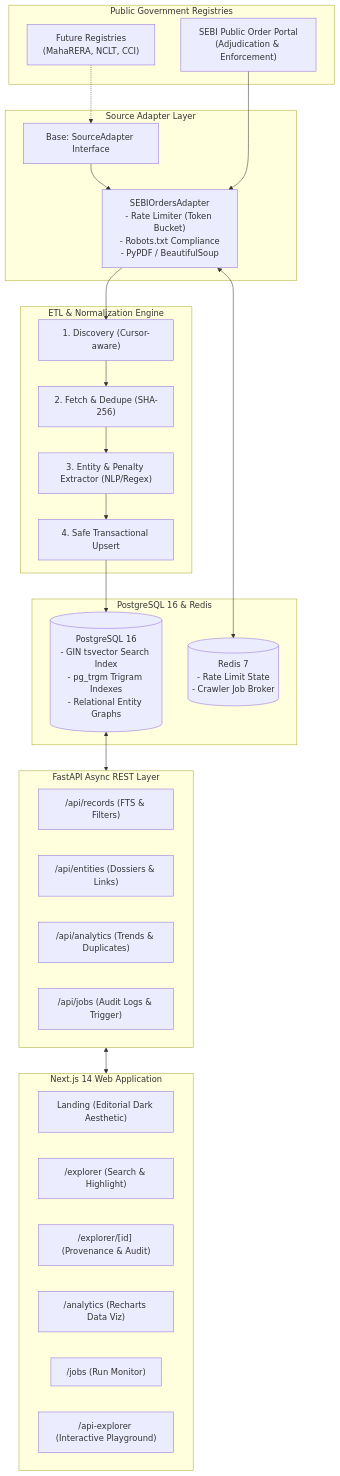
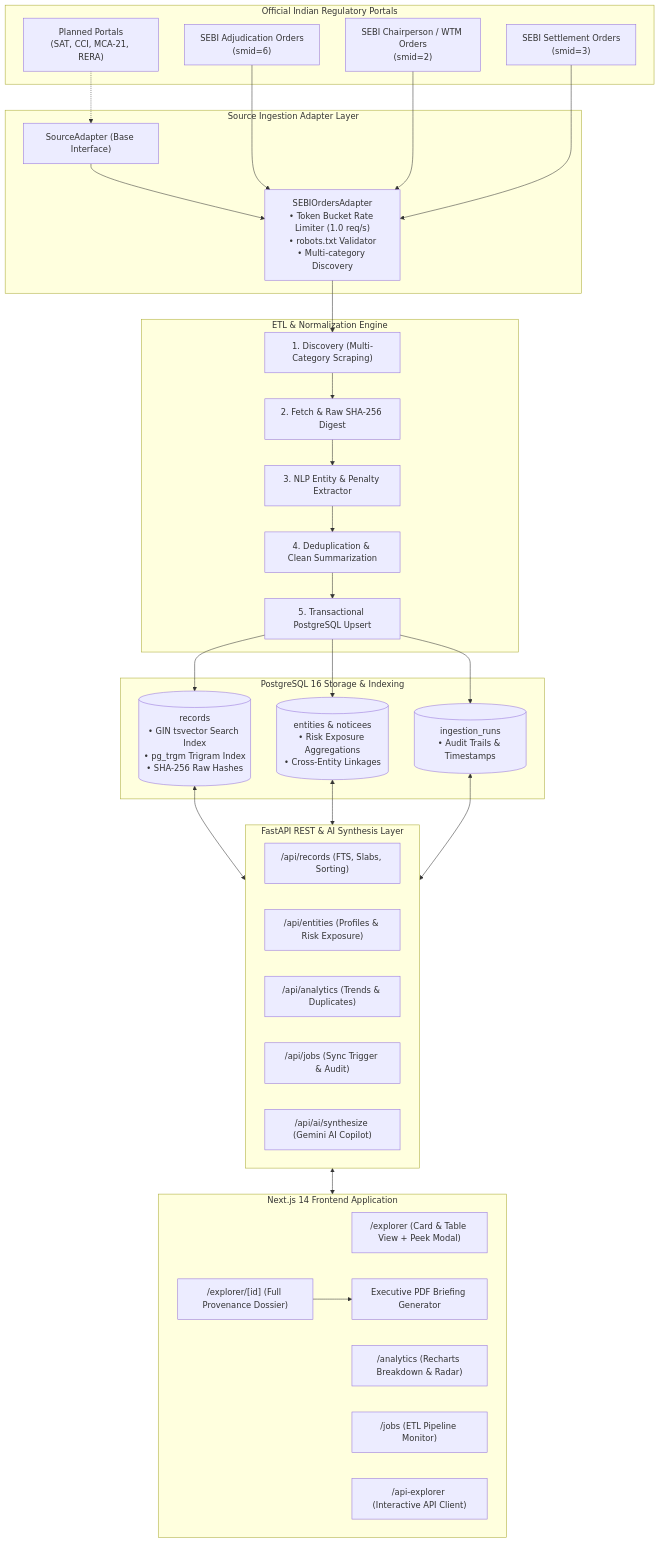
Before and after one commit to ReturnKartikey/krio-lexgov: the diagram in README.md, drawn with Mermaid. The commit also changed other lines of this file and 3 other files, not shown here.

````diff
--- a/README.md
+++ b/README.md
@@ -24,48 +45,63 @@
 ```mermaid
 flowchart TD
-    subgraph Registry["Public Government Registries"]
-        SEBI["SEBI Public Order Portal<br/>(Adjudication & Enforcement)"]
-        RERA["Future Registries<br/>(MahaRERA, NCLT, CCI)"]
+    subgraph Registry["Official Indian Regulatory Portals"]
+        SEBI_AO["SEBI Adjudication Orders<br/>(smid=6)"]
+        SEBI_WTM["SEBI Chairperson / WTM Orders<br/>(smid=2)"]
+        SEBI_SETTLE["SEBI Settlement Orders<br/>(smid=3)"]
+        FUTURE_REG["Planned Portals<br/>(SAT, CCI, MCA-21, RERA)"]
     end
 
-    subgraph Adapters["Source Adapter Layer"]
-        SA["Base: SourceAdapter Interface"]
-        SO["SEBIOrdersAdapter<br/>- Rate Limiter (Token Bucket)<br/>- Robots.txt Compliance<br/>- PyPDF / BeautifulSoup"]
-        SA --> SO
+    subgraph Adapters["Source Ingestion Adapter Layer"]
+        BASE_ADAPT["SourceAdapter (Base Interface)"]
+        SEBI_ADAPT["SEBIOrdersAdapter<br/>• Token Bucket Rate Limiter (1.0 req/s)<br/>• robots.txt Validator<br/>• Multi-category Discovery"]
+        BASE_ADAPT --> SEBI_ADAPT
     end
 
     subgraph ETL["ETL & Normalization Engine"]
-        DISC["1. Discovery (Cursor-aware)"]
-        FETCH["2. Fetch & Dedupe (SHA-256)"]
-        EXTRACT["3. Entity & Penalty Extractor (NLP/Regex)"]
-        LOAD["4. Safe Transactional Upsert"]
+        DISCOVER["1. Discovery (Multi-Category Scraping)"]
+        FETCH["2. Fetch & Raw SHA-256 Digest"]
+        EXTRACT["3. NLP Entity & Penalty Extractor"]
+        NORMALIZE["4. Deduplication & Clean Summarization"]
+        UPSERT["5. Transactional PostgreSQL Upsert"]
     end
 
-    subgraph Storage["PostgreSQL 16 & Redis"]
-        PG[("PostgreSQL 16<br/>- GIN tsvector Search Index<br/>- pg_trgm Trigram Indexes<br/>- Relational Entity Graphs")]
-        RD[("Redis 7<br/>- Rate Limit State<br/>- Crawler Job Broker")]
+    subgraph Database["PostgreSQL 16 Storage & Indexing"]
+        DB_RECORDS[("records<br/>• GIN tsvector Search Index<br/>• pg_trgm Trigram Index<br/>• SHA-256 Raw Hashes")]
+        DB_ENTITIES[("entities & noticees<br/>• Risk Exposure Aggregations<br/>• Cross-Entity Linkages")]
+        DB_JOBS[("ingestion_runs<br/>• Audit Trails & Timestamps")]
     end
 
-    subgraph Backend["FastAPI Async REST Layer"]
-        REC_API["/api/records (FTS & Filters)"]
-        ENT_API["/api/entities (Dossiers & Links)"]
-        ANL_API["/api/analytics (Trends & Duplicates)"]
-        JOB_API["/api/jobs (Audit Logs & Trigger)"]
+    subgraph Backend["FastAPI REST & AI Synthesis Layer"]
+        API_RECORDS["/api/records (FTS, Slabs, Sorting)"]
+        API_ENTITIES["/api/entities (Profiles & Risk Exposure)"]
+        API_ANALYTICS["/api/analytics (Trends & Duplicates)"]
+        API_JOBS["/api/jobs (Sync Trigger & Audit)"]
+        API_AI["/api/ai/synthesize (Gemini AI Copilot)"]
     end
 
-    subgraph Frontend["Next.js 14 Web Application"]
-        LANDING["Landing (Editorial Dark Aesthetic)"]
-        EXPLORER["/explorer (Search & Highlight)"]
-        DOSSIER["/explorer/[id] (Provenance & Audit)"]
-        ANALYTICS["/analytics (Recharts Data Viz)"]
-        JOBS["/jobs (Run Monitor)"]
-        CONSOLE["/api-explorer (Interactive Playground)"]
+    subgraph Frontend["Next.js 14 Frontend Application"]
+        UI_EXPLORER["/explorer (Card & Table View + Peek Modal)"]
+        UI_DOSSIER["/explorer/[id] (Full Provenance Dossier)"]
+        UI_ANALYTICS["/analytics (Recharts Breakdown & Radar)"]
+        UI_JOBS["/jobs (ETL Pipeline Monitor)"]
+        UI_CONSOLE["/api-explorer (Interactive API Client)"]
+        UI_PDF["Executive PDF Briefing Generator"]
     end
 
-    SEBI --> SO
-    RERA -.-> SA
-    SO --> DISC --> FETCH --> EXTRACT --> LOAD --> PG
-    SO <--> RD
-    PG <--> Backend
+    SEBI_AO --> SEBI_ADAPT
+    SEBI_WTM --> SEBI_ADAPT
+    SEBI_SETTLE --> SEBI_ADAPT
+    FUTURE_REG -.-> BASE_ADAPT
+
+    SEBI_ADAPT --> DISCOVER --> FETCH --> EXTRACT --> NORMALIZE --> UPSERT
+    UPSERT --> DB_RECORDS
+    UPSERT --> DB_ENTITIES
+    UPSERT --> DB_JOBS
+
+    DB_RECORDS <--> Backend
+    DB_ENTITIES <--> Backend
+    DB_JOBS <--> Backend
+
     Backend <--> Frontend
+    UI_DOSSIER --> UI_PDF
 ```
````
